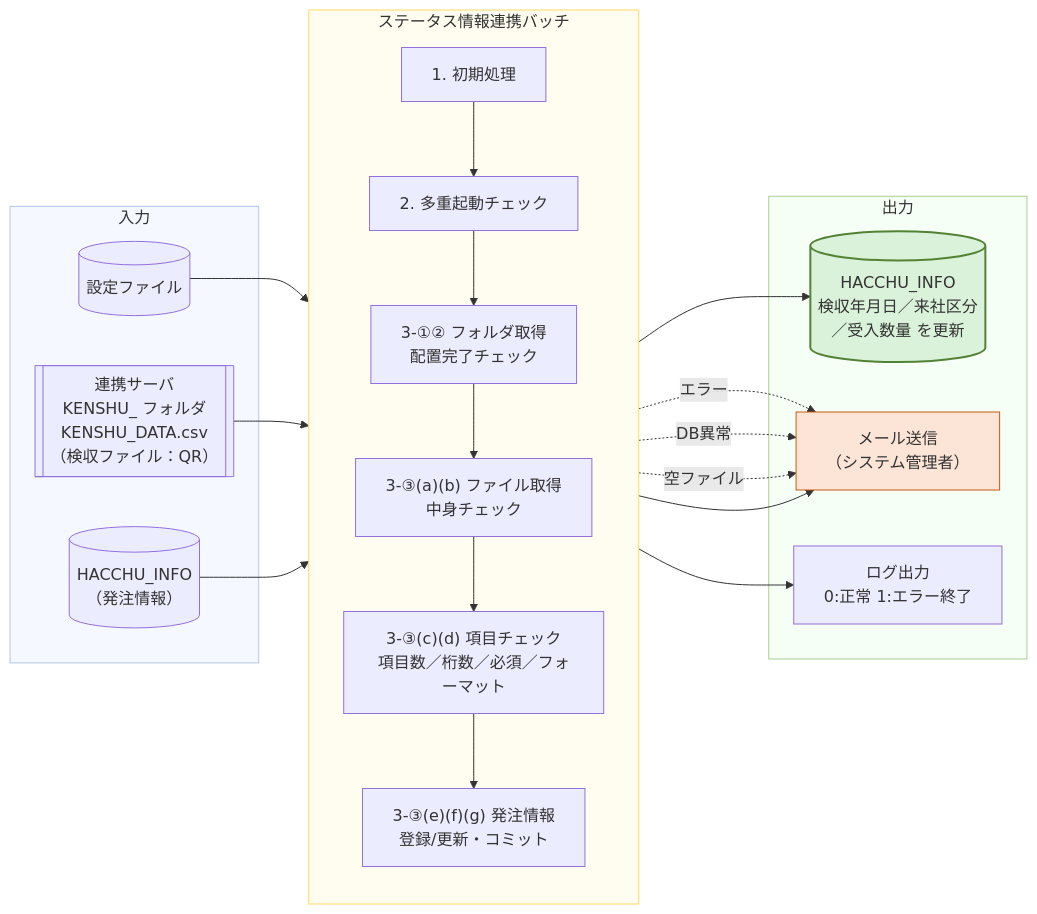
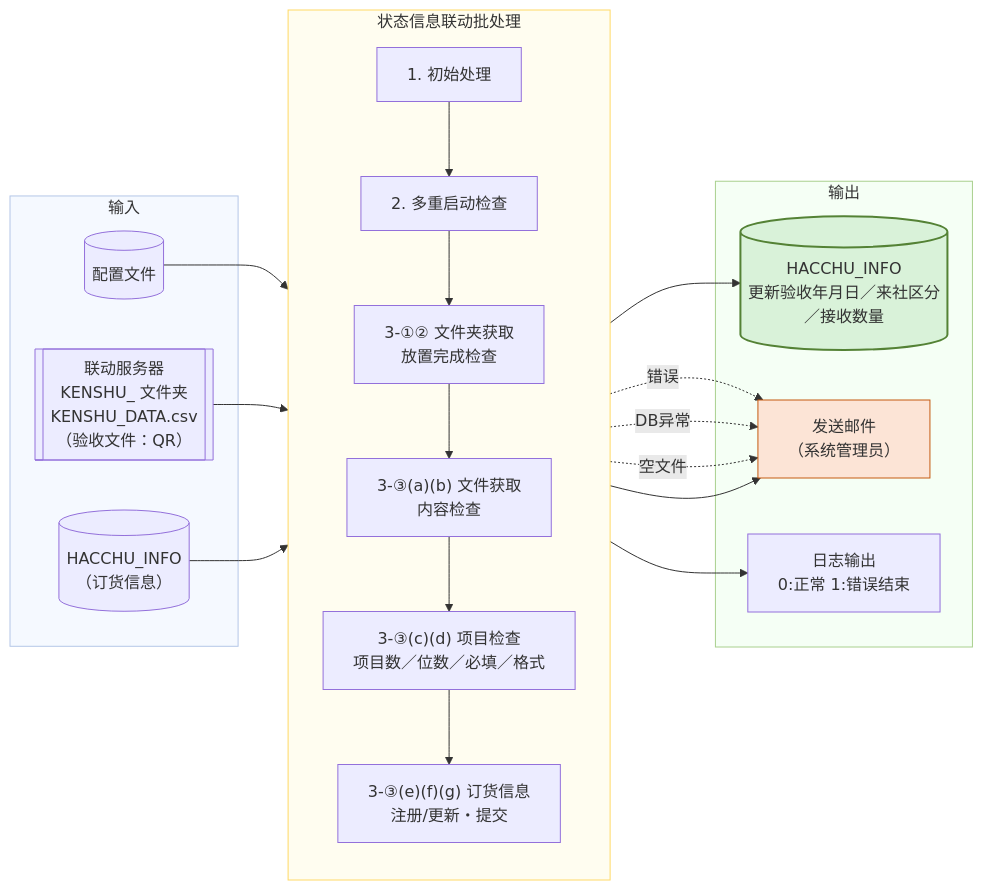
The diagram in README.md (hudfd/temp), drawn with Mermaid before and after one commit.

````diff
--- a/README.md
+++ b/README.md
@@ -6,41 +6,41 @@
 ```mermaid
 flowchart LR
-  subgraph IN["入力"]
-    CONF[("設定ファイル")]
-    SRV[["連携サーバ<br/>KENSHU_ フォルダ<br/>KENSHU_DATA.csv<br/>（検収ファイル：QR）"]]
-    DB_IN[("HACCHU_INFO<br/>（発注情報）")]
+  subgraph IN["输入"]
+    CONF[("配置文件")]
+    SRV[["联动服务器<br/>KENSHU_ 文件夹<br/>KENSHU_DATA.csv<br/>（验收文件：QR）"]]
+    DB_IN[("HACCHU_INFO<br/>（订货信息）")]
   end
 
-  subgraph BATCH["ステータス情報連携バッチ"]
+  subgraph BATCH["状态信息联动批处理"]
     direction TB
-    T1["1. 初期処理"]
-    T2["2. 多重起動チェック"]
-    T3["3-①② フォルダ取得<br/>配置完了チェック"]
-    T4["3-③(a)(b) ファイル取得<br/>中身チェック"]
-    T5["3-③(c)(d) 項目チェック<br/>項目数／桁数／必須／フォーマット"]
-    T6["3-③(e)(f)(g) 発注情報<br/>登録/更新・コミット"]
+    T1["1. 初始处理"]
+    T2["2. 多重启动检查"]
+    T3["3-①② 文件夹获取<br/>放置完成检查"]
+    T4["3-③(a)(b) 文件获取<br/>内容检查"]
+    T5["3-③(c)(d) 项目检查<br/>项目数／位数／必填／格式"]
+    T6["3-③(e)(f)(g) 订货信息<br/>注册/更新・提交"]
     T1 --> T2 --> T3 --> T4 --> T5 --> T6
   end
 
-  subgraph OUT["出力"]
-    DB_OUT[("HACCHU_INFO<br/>検収年月日／来社区分<br/>／受入数量 を更新")]
-    MAIL["メール送信<br/>（システム管理者）"]
-    LOG["ログ出力<br/>0:正常 1:エラー終了"]
+  subgraph OUT["输出"]
+    DB_OUT[("HACCHU_INFO<br/>更新验收年月日／来社区分<br/>／接收数量")]
+    MAIL["发送邮件<br/>（系统管理员）"]
+    LOG["日志输出<br/>0:正常 1:错误结束"]
   end
 
   CONF --> T1
   SRV --> T3
   DB_IN --> T6
-  T5 -.->|"エラー"| MAIL
+  T5 -.->|"错误"| MAIL
   T6 --> DB_OUT
-  T6 -.->|"DB異常"| MAIL
-  T4 -.->|"空ファイル"| MAIL
+  T6 -.->|"DB异常"| MAIL
+  T4 -.->|"空文件"| MAIL
   T6 --> MAIL
   T6 --> LOG
 
   style IN fill:#f5f9ff,stroke:#b4c6e7
   style OUT fill:#f5fff5,stroke:#a9d08e
   style BATCH fill:#fffdf0,stroke:#ffd966
   style DB_OUT fill:#d9f2d9,stroke:#548235,stroke-width:2px
   style MAIL fill:#fce4d6,stroke:#c55a11
 ```
````
